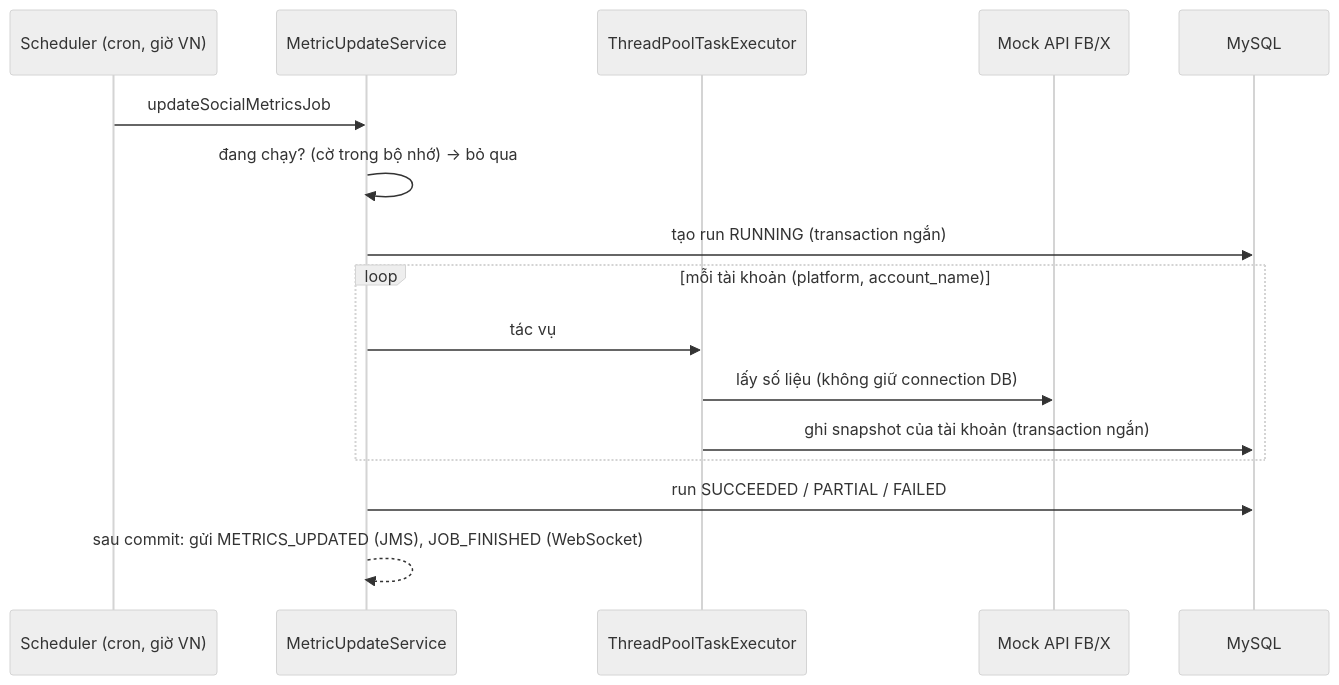
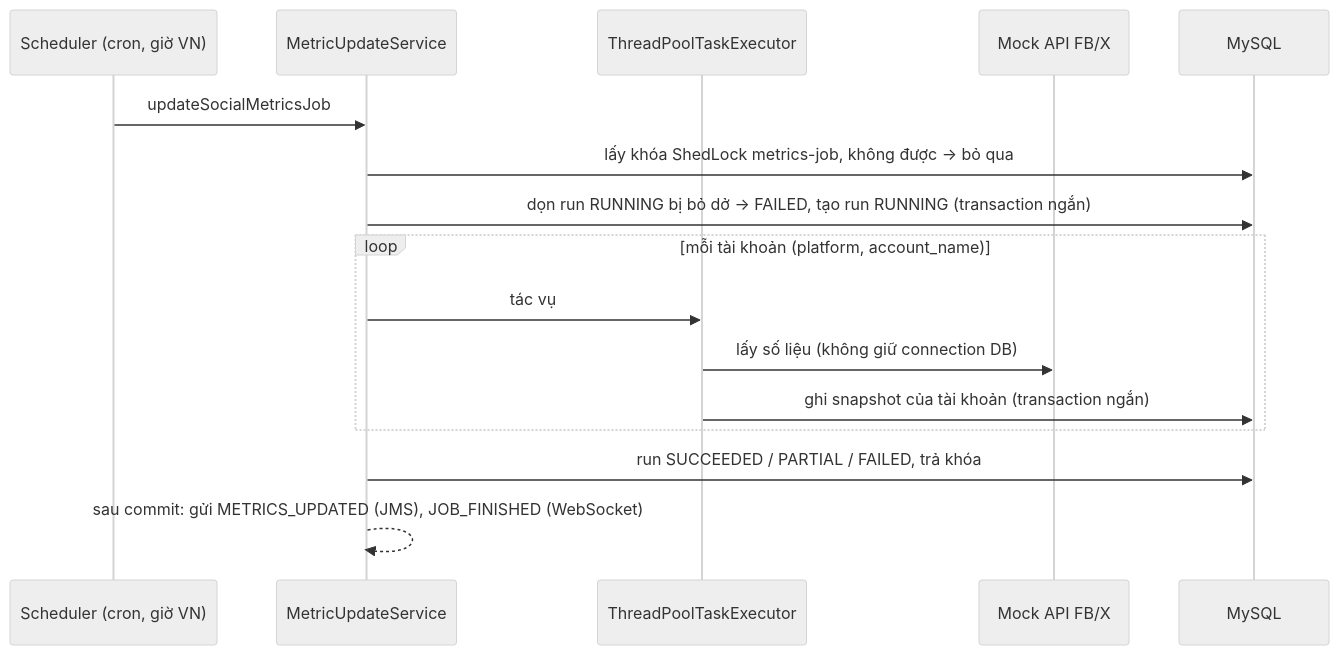
Before and after one commit to thaipt-0042/java-advance: the diagram in docs/03-kien-truc.md, drawn with Mermaid (neutral theme). The commit also changed other lines of this file and 2 other files, not shown here.

First line of the commit message:
Prevent overlapping job runs across instances with ShedLock

````diff
--- a/docs/03-kien-truc.md
+++ b/docs/03-kien-truc.md
@@ -84,18 +84,18 @@
 ```mermaid
 sequenceDiagram
     participant S as Scheduler (cron, giờ VN)
     participant J as MetricUpdateService
     participant P as ThreadPoolTaskExecutor
     participant C as Mock API FB/X
     participant DB as MySQL
     S->>J: updateSocialMetricsJob
-    J->>J: đang chạy? (cờ trong bộ nhớ) → bỏ qua
-    J->>DB: tạo run RUNNING (transaction ngắn)
+    J->>DB: lấy khóa ShedLock metrics-job, không được → bỏ qua
+    J->>DB: dọn run RUNNING bị bỏ dở → FAILED, tạo run RUNNING (transaction ngắn)
     loop mỗi tài khoản (platform, account_name)
         J->>P: tác vụ
         P->>C: lấy số liệu (không giữ connection DB)
         P->>DB: ghi snapshot của tài khoản (transaction ngắn)
     end
-    J->>DB: run SUCCEEDED / PARTIAL / FAILED
+    J->>DB: run SUCCEEDED / PARTIAL / FAILED, trả khóa
     J-->>J: sau commit: gửi METRICS_UPDATED (JMS), JOB_FINISHED (WebSocket)
 ```
````
